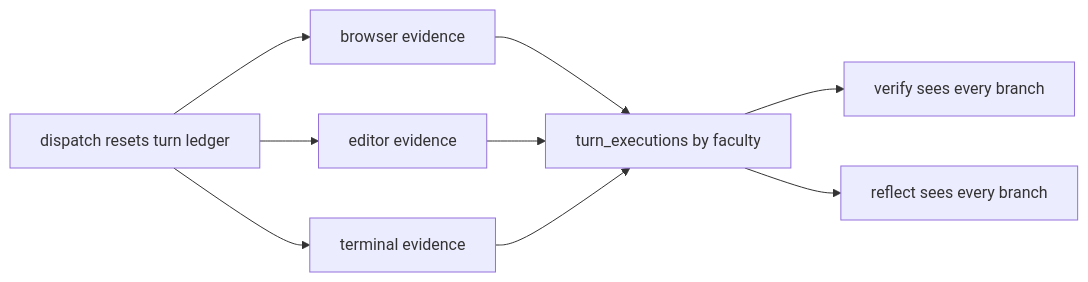
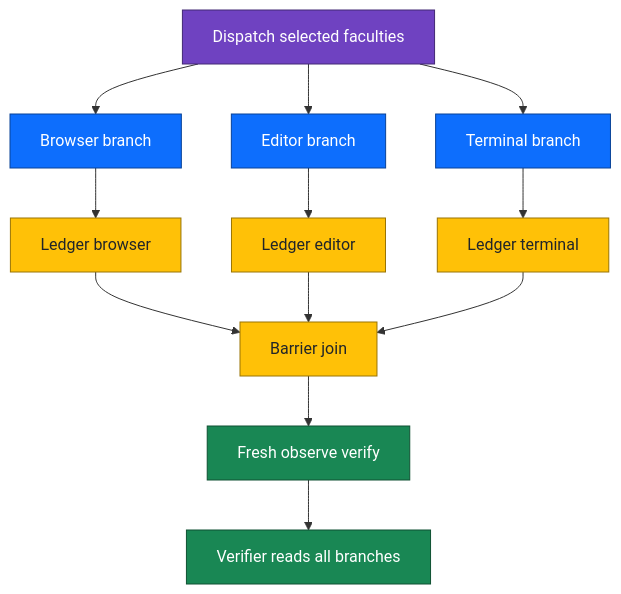
The seventh of 7 diagrams in README.md (wgabrys88/endgame-ai), drawn with Mermaid before and after one commit. The commit also changed other lines of this file and 5 other files, not shown here.

````diff
--- a/README.md
+++ b/README.md
@@ -144,11 +820,23 @@
 ```mermaid
-flowchart LR
-    D[dispatch resets turn ledger] --> B[browser evidence]
-    D --> E[editor evidence]
-    D --> T[terminal evidence]
-    B --> L[turn_executions by faculty]
-    E --> L
-    T --> L
-    L --> V[verify sees every branch]
-    L --> R[reflect sees every branch]
+flowchart TD
+    D[Dispatch selected faculties] --> B[Browser branch]
+    D --> E[Editor branch]
+    D --> T[Terminal branch]
+    B --> LB[Ledger browser]
+    E --> LE[Ledger editor]
+    T --> LT[Ledger terminal]
+    LB --> J[Barrier join]
+    LE --> J
+    LT --> J
+    J --> O[Fresh observe verify]
+    O --> V[Verifier reads all branches]
+
+    classDef dispatch fill:#6f42c1,color:#ffffff,stroke:#432874;
+    classDef branch fill:#0d6efd,color:#ffffff,stroke:#084298;
+    classDef ledger fill:#ffc107,color:#212529,stroke:#997404;
+    classDef verify fill:#198754,color:#ffffff,stroke:#0f5132;
+    class D dispatch;
+    class B,E,T branch;
+    class LB,LE,LT,J ledger;
+    class O,V verify;
 ```
````
